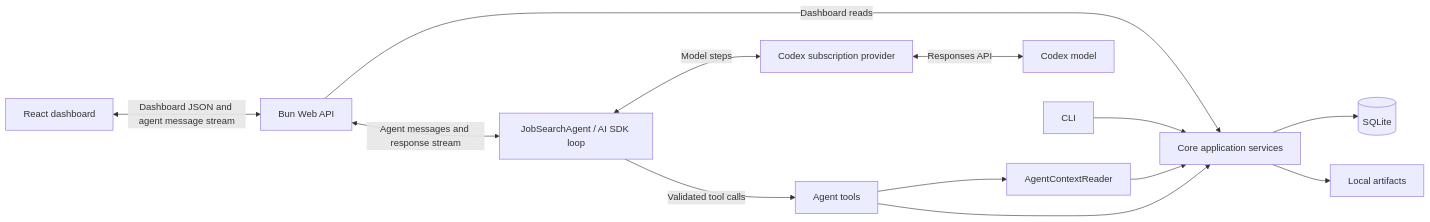
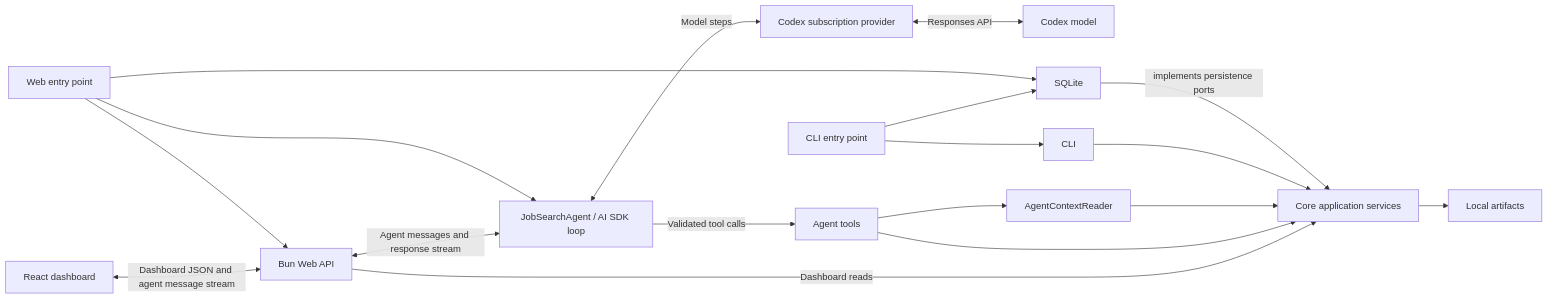
Before and after one commit to paulmccallick/gig-finder: the diagram in docs/architecture/overview.md, drawn with Mermaid. The commit also changed other lines of this file and 17 other files, not shown here.

Commit message:
add automated architecture checks

````diff
--- a/docs/architecture/overview.md
+++ b/docs/architecture/overview.md
@@ -5,15 +5,20 @@
 ```mermaid
 flowchart LR
   Dashboard[React dashboard] <-->|Dashboard JSON and agent message stream| API[Bun Web API]
   API -->|Dashboard reads| Core[Core application services]
   API <-->|Agent messages and response stream| Agent[JobSearchAgent / AI SDK loop]
   Agent <-->|Model steps| Provider[Codex subscription provider]
   Provider <-->|Responses API| Model[Codex model]
   Agent -->|Validated tool calls| Tools[Agent tools]
   Tools --> Reader[AgentContextReader]
   Tools --> Core
   Reader --> Core
   CLI[CLI] --> Core
-  Core --> SQLite[(SQLite)]
+  CLIEntry[CLI entry point] --> CLI
+  CLIEntry --> SQLite
+  WebEntry[Web entry point] --> API
+  WebEntry --> Agent
+  WebEntry --> SQLite
+  SQLite -->|implements persistence ports| Core
   Core --> Artifacts[Local artifacts]
 ```
````
